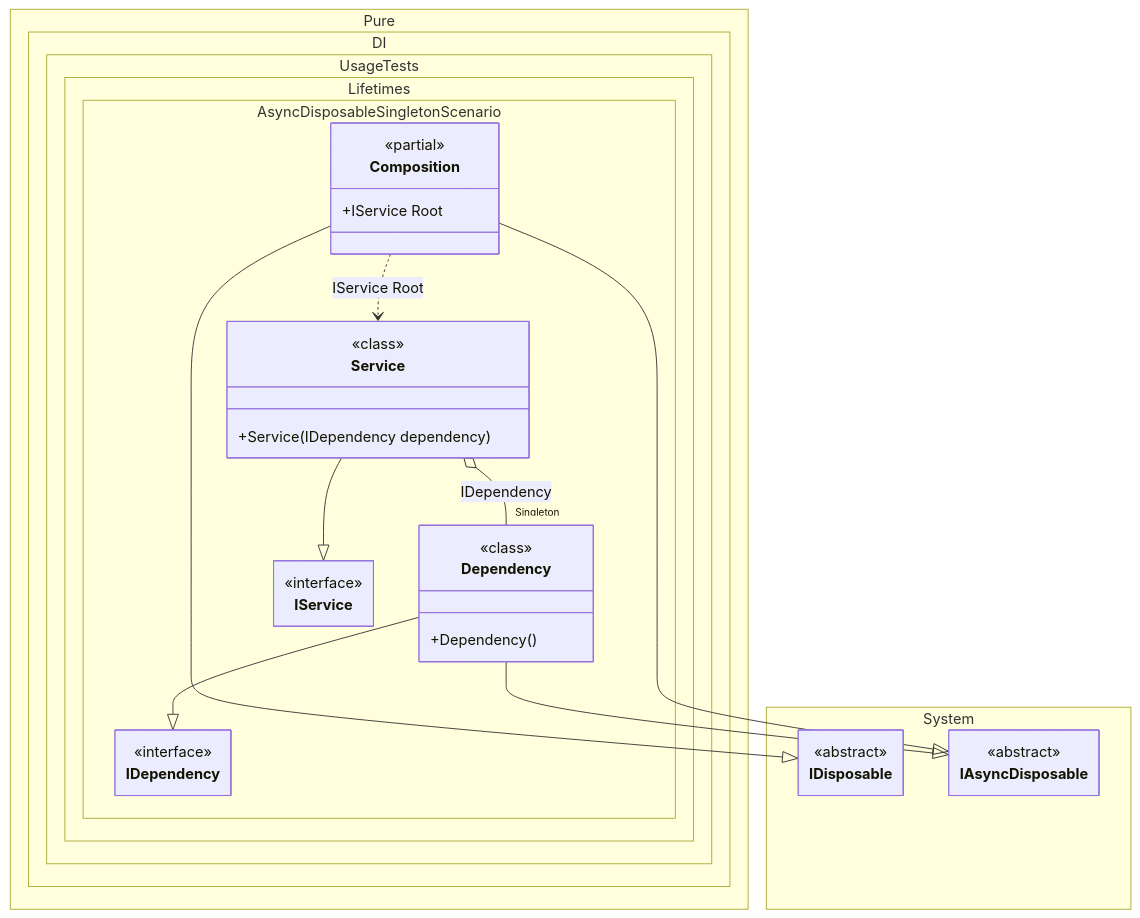
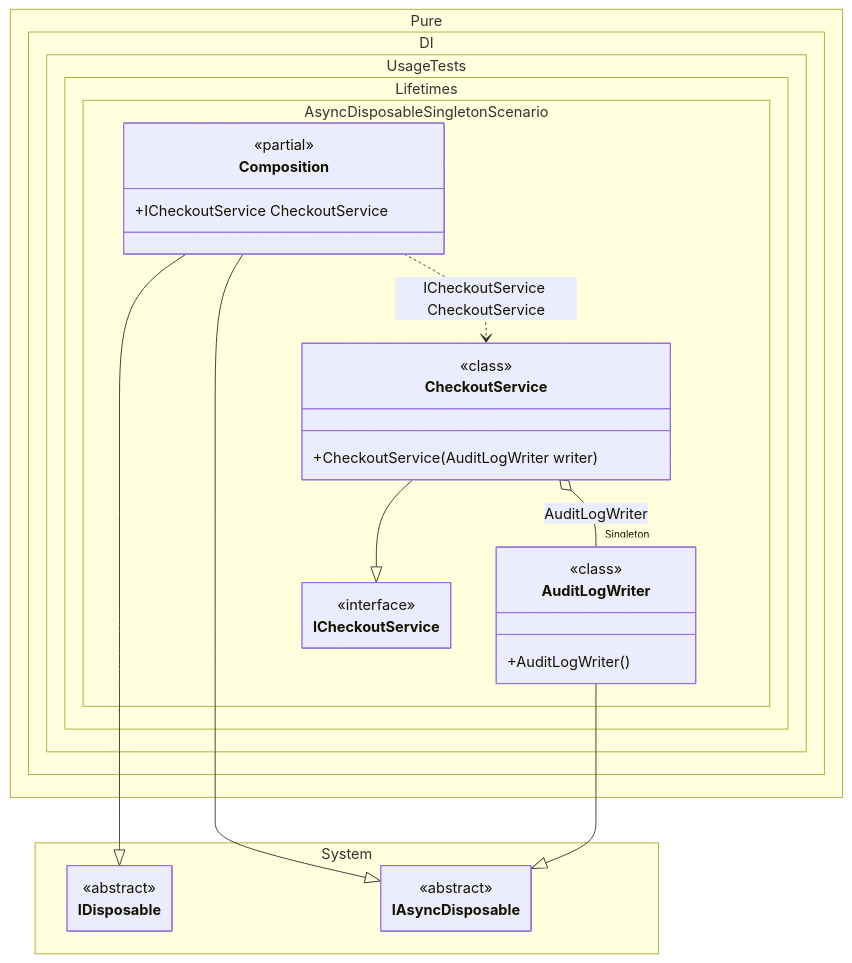
The diagram in readme/async-disposable-singleton.md (DevTeam/Pure.DI), drawn with Mermaid before and after one commit. The commit also changed other lines of this file and 126 other files, not shown here.

````diff
--- a/readme/async-disposable-singleton.md
+++ b/readme/async-disposable-singleton.md
@@ -204,45 +230,41 @@
 ```mermaid
 ---
  config:
   maxTextSize: 2147483647
   maxEdges: 2147483647
   class:
    hideEmptyMembersBox: true
 ---
 classDiagram
 	Composition --|> IDisposable
 	Composition --|> IAsyncDisposable
-	Dependency --|> IDependency
-	Dependency --|> IAsyncDisposable
-	Service --|> IService
-	Composition ..> Service : IService Root
-	Service o-- "Singleton" Dependency : IDependency
+	AuditLogWriter --|> IAsyncDisposable
+	CheckoutService --|> ICheckoutService
+	Composition ..> CheckoutService : ICheckoutService CheckoutService
+	CheckoutService o-- "Singleton" AuditLogWriter : AuditLogWriter
 	namespace Pure.DI.UsageTests.Lifetimes.AsyncDisposableSingletonScenario {
+		class AuditLogWriter {
+				<<class>>
+			+AuditLogWriter()
+		}
+		class CheckoutService {
+				<<class>>
+			+CheckoutService(AuditLogWriter writer)
+		}
 		class Composition {
 		<<partial>>
-		+IService Root
+		+ICheckoutService CheckoutService
 		}
-		class Dependency {
-				<<class>>
-			+Dependency()
-		}
-		class IDependency {
+		class ICheckoutService {
 			<<interface>>
-		}
-		class IService {
-			<<interface>>
-		}
-		class Service {
-				<<class>>
-			+Service(IDependency dependency)
 		}
 	}
 	namespace System {
 		class IAsyncDisposable {
 			<<abstract>>
 		}
 		class IDisposable {
 			<<abstract>>
 		}
 	}
 ```
````
